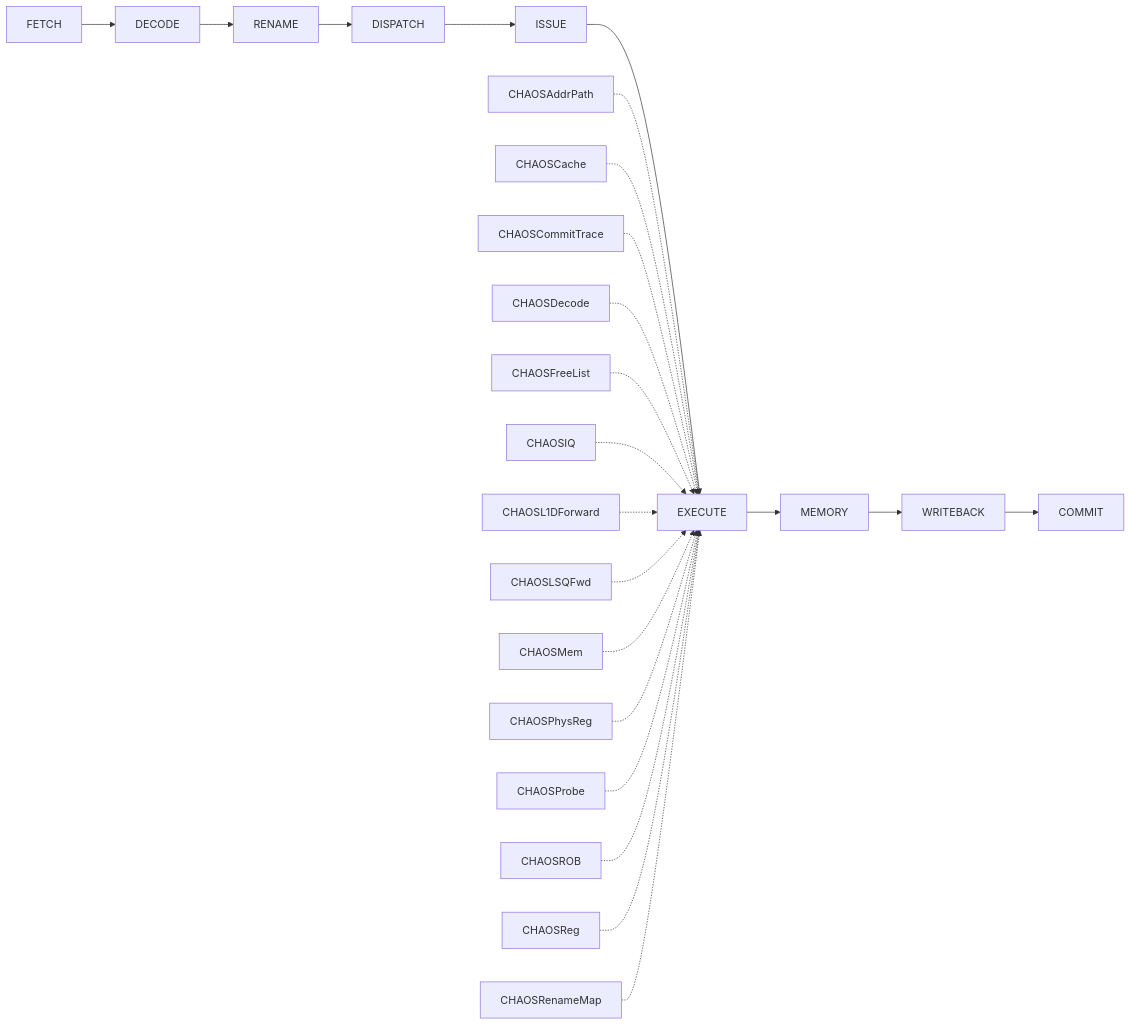
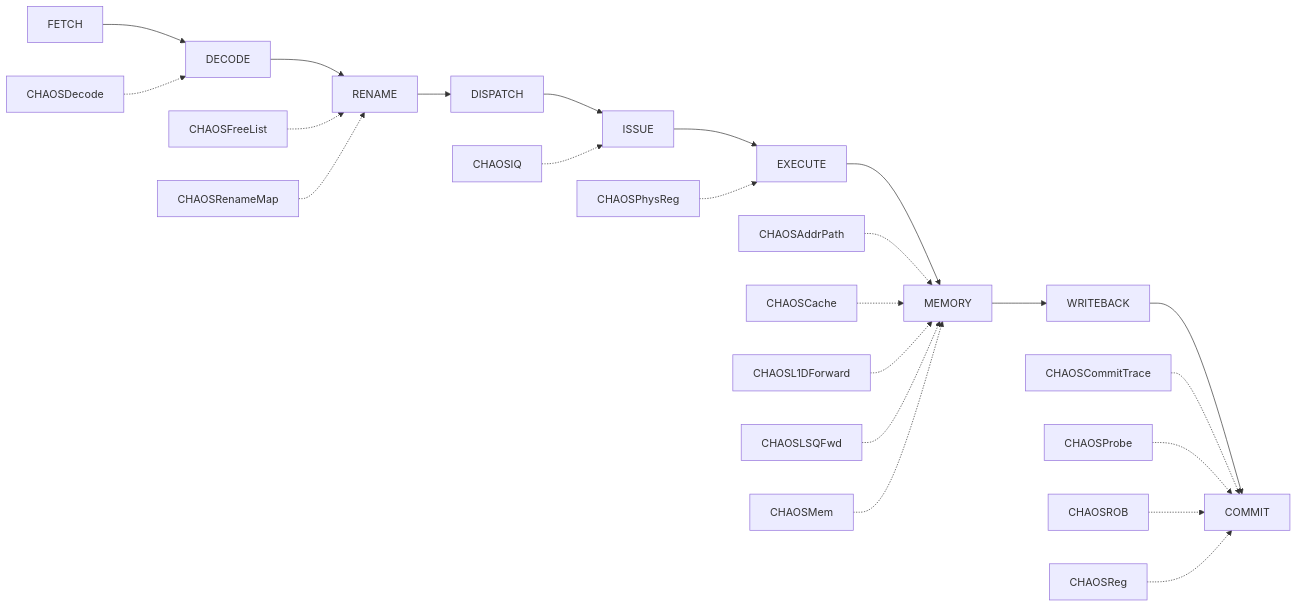
Before and after one commit to wangxumarshall/gem5-fi: the diagram in docs/cpu/o3-atlas/pages/Load-Store-LDSMAXH_LDSMAXAH_LDSMAXALH_LDSMAXLH.md, drawn with Mermaid. The commit also changed other lines of this file and 300 other files, not shown here.

````diff
--- a/docs/cpu/o3-atlas/pages/Load-Store-LDSMAXH_LDSMAXAH_LDSMAXALH_LDSMAXLH.md
+++ b/docs/cpu/o3-atlas/pages/Load-Store-LDSMAXH_LDSMAXAH_LDSMAXALH_LDSMAXLH.md
@@ -8,34 +8,34 @@
 ```mermaid
 flowchart LR
     N0[FETCH]
     N1[DECODE]
     N2[RENAME]
     N3[DISPATCH]
     N4[ISSUE]
     N5[EXECUTE]
     N6[MEMORY]
     N7[WRITEBACK]
     N8[COMMIT]
     N0 --> N1
     N1 --> N2
     N2 --> N3
     N3 --> N4
     N4 --> N5
     N5 --> N6
     N6 --> N7
     N7 --> N8
-    I0[CHAOSAddrPath] -.-> N5
-    I1[CHAOSCache] -.-> N5
-    I2[CHAOSCommitTrace] -.-> N5
-    I3[CHAOSDecode] -.-> N5
-    I4[CHAOSFreeList] -.-> N5
-    I5[CHAOSIQ] -.-> N5
-    I6[CHAOSL1DForward] -.-> N5
-    I7[CHAOSLSQFwd] -.-> N5
-    I8[CHAOSMem] -.-> N5
+    I0[CHAOSAddrPath] -.-> N6
+    I1[CHAOSCache] -.-> N6
+    I2[CHAOSCommitTrace] -.-> N8
+    I3[CHAOSDecode] -.-> N1
+    I4[CHAOSFreeList] -.-> N2
+    I5[CHAOSIQ] -.-> N4
+    I6[CHAOSL1DForward] -.-> N6
+    I7[CHAOSLSQFwd] -.-> N6
+    I8[CHAOSMem] -.-> N6
     I9[CHAOSPhysReg] -.-> N5
-    I10[CHAOSProbe] -.-> N5
-    I11[CHAOSROB] -.-> N5
-    I12[CHAOSReg] -.-> N5
-    I13[CHAOSRenameMap] -.-> N5
+    I10[CHAOSProbe] -.-> N8
+    I11[CHAOSROB] -.-> N8
+    I12[CHAOSReg] -.-> N8
+    I13[CHAOSRenameMap] -.-> N2
 ```
````
